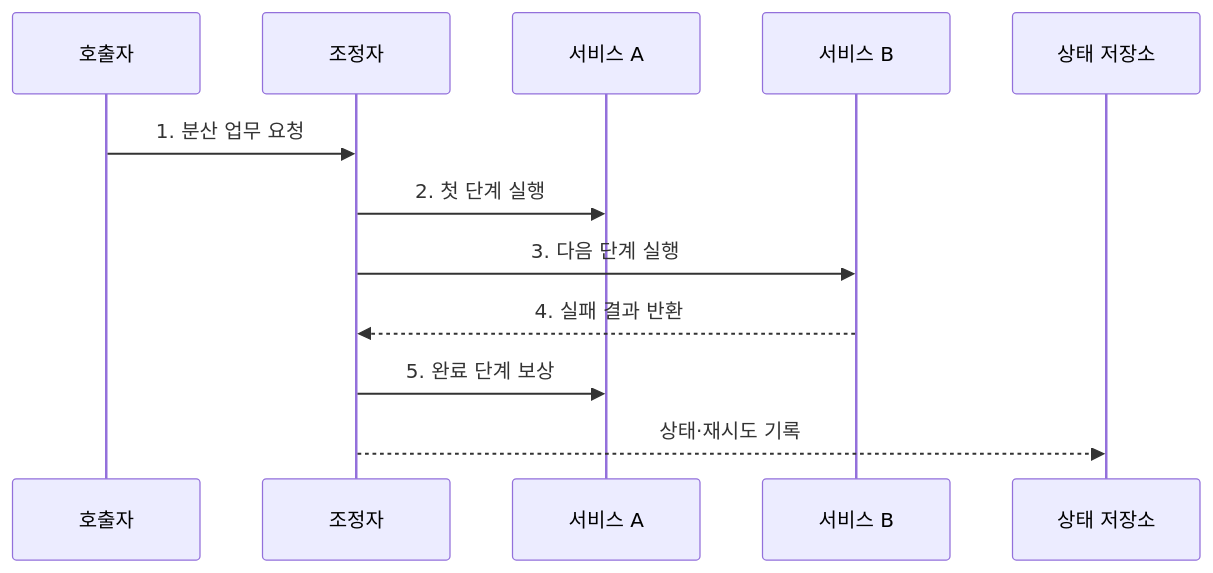
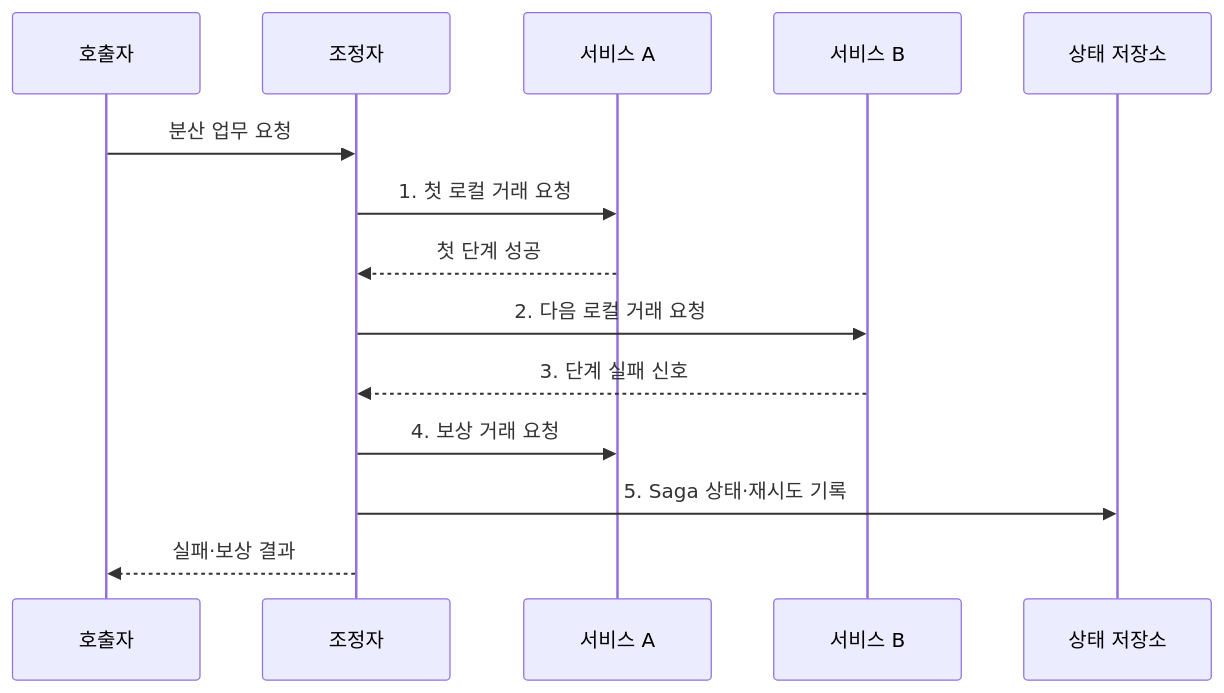
One commit to agnusdei1207/knowledge-base changed the second of 2 diagrams in src/content/docs/notes/03-software/179_saga_vs_2pc.md. Above: the diagram before and after it, drawn with Mermaid. The commit also changed other lines of this file and 20 other files, not shown here.

````diff
--- a/src/content/docs/notes/03-software/179_saga_vs_2pc.md
+++ b/src/content/docs/notes/03-software/179_saga_vs_2pc.md
@@ -84,14 +86,16 @@
 ```mermaid
 sequenceDiagram
     participant C as 호출자
     participant O as 조정자
     participant A as 서비스 A
     participant B as 서비스 B
     participant S as 상태 저장소
-    C->>O: 1. 분산 업무 요청
-    O->>A: 2. 첫 단계 실행
-    O->>B: 3. 다음 단계 실행
-    B-->>O: 4. 실패 결과 반환
-    O->>A: 5. 완료 단계 보상
-    O-->>S: 상태·재시도 기록
+    C->>O: 분산 업무 요청
+    O->>A: 1. 첫 로컬 거래 요청
+    A-->>O: 첫 단계 성공
+    O->>B: 2. 다음 로컬 거래 요청
+    B-->>O: 3. 단계 실패 신호
+    O->>A: 4. 보상 거래 요청
+    O->>S: 5. Saga 상태·재시도 기록
+    O-->>C: 실패·보상 결과
 ```
````
